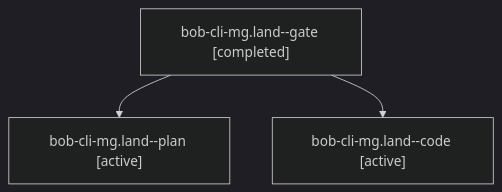
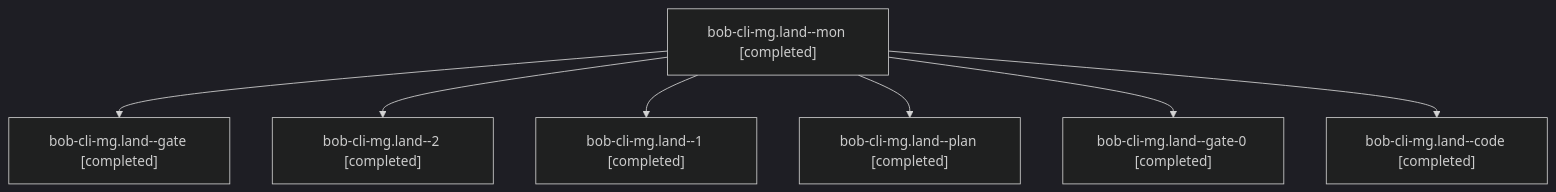
The diagram in sessions/bbugyi200.apollo.bob-cli-mg.land.md (bobs-org/bob-cli--agents), drawn with Mermaid (dark theme) before and after one commit. The commit also changed other lines of this file and 44 other files, not shown here.

````diff
--- a/sessions/bbugyi200.apollo.bob-cli-mg.land.md
+++ b/sessions/bbugyi200.apollo.bob-cli-mg.land.md
@@ -9,8 +9,16 @@
 ```mermaid
 flowchart TD
-  n0["bob-cli-mg.land--gate [completed]"]
-  n1["bob-cli-mg.land--plan [active]"]
+  n0["bob-cli-mg.land--mon [completed]"]
+  n1["bob-cli-mg.land--gate [completed]"]
   n0 --> n1
-  n2["bob-cli-mg.land--code [active]"]
+  n2["bob-cli-mg.land--2 [completed]"]
   n0 --> n2
+  n3["bob-cli-mg.land--1 [completed]"]
+  n0 --> n3
+  n4["bob-cli-mg.land--plan [completed]"]
+  n0 --> n4
+  n5["bob-cli-mg.land--gate-0 [completed]"]
+  n0 --> n5
+  n6["bob-cli-mg.land--code [completed]"]
+  n0 --> n6
 ```
````
